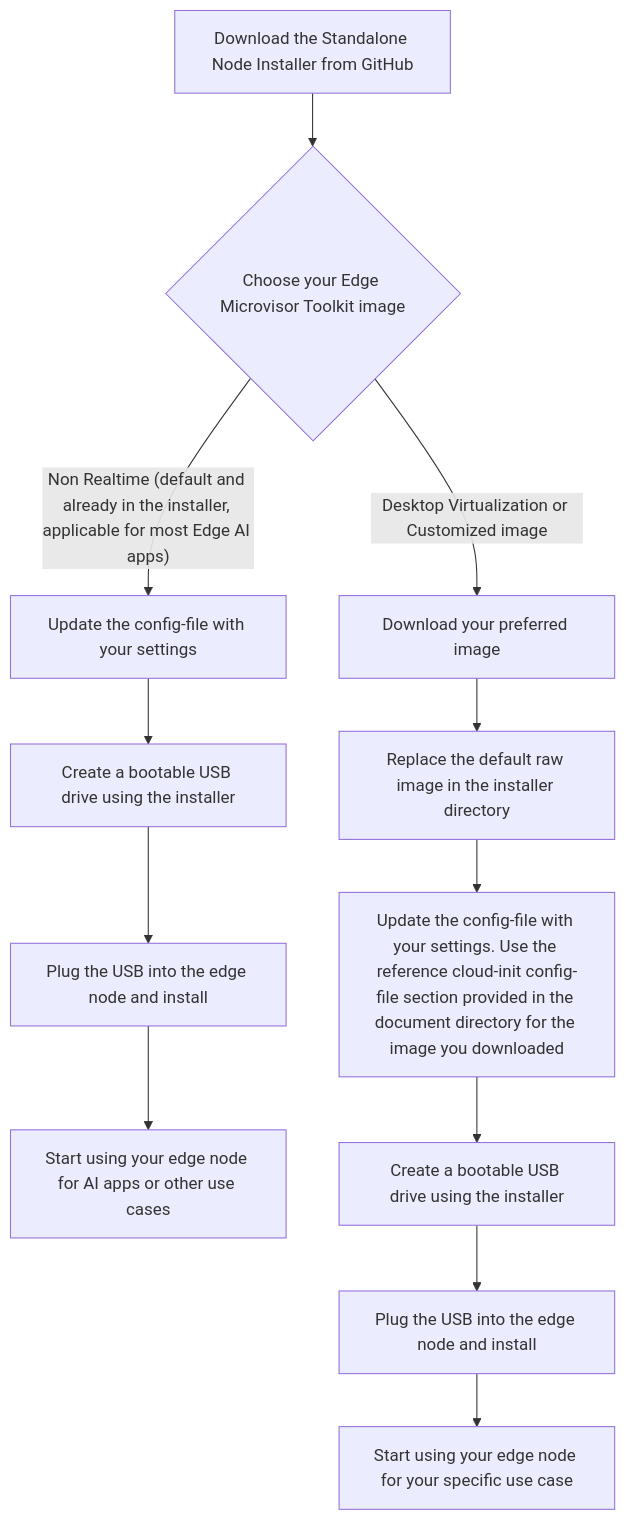
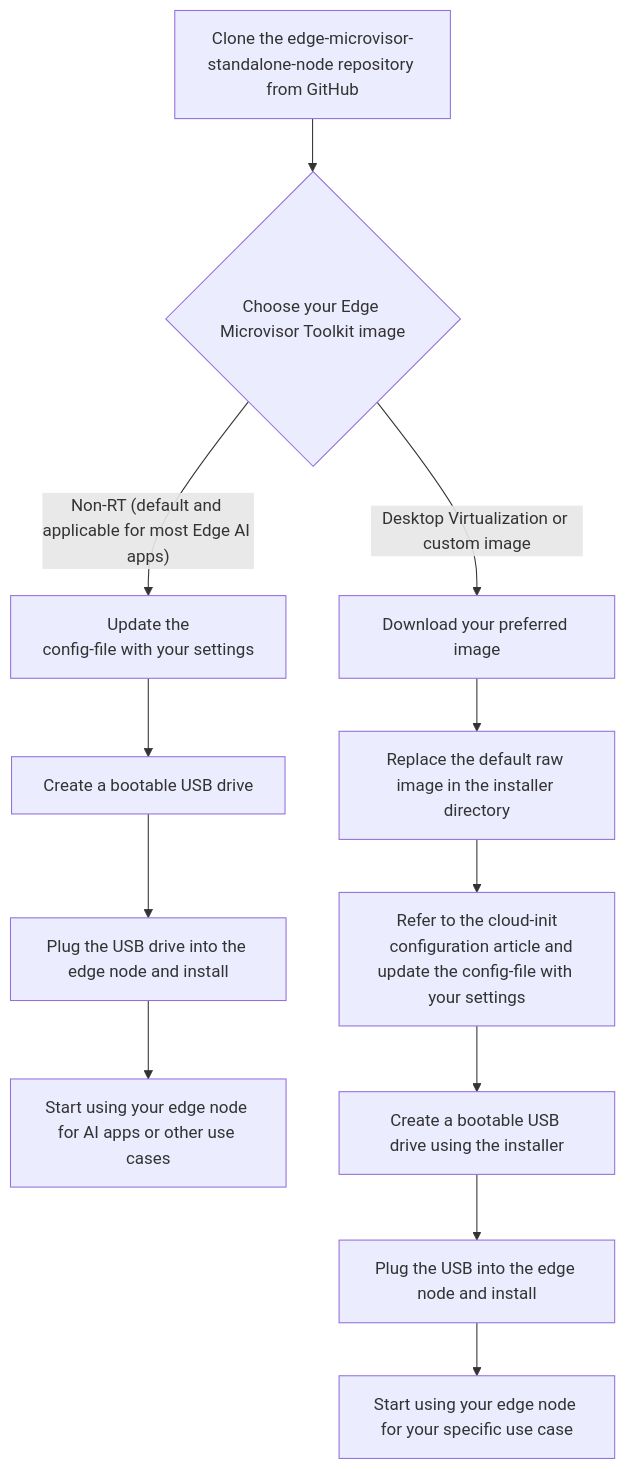
The diagram in standalone-node/docs/user-guide/get-started-guide.md (open-edge-platform/edge-microvisor-toolkit-standalone-node), drawn with Mermaid before and after one commit. The commit also changed other lines of this file and 9 other files, not shown here.

Commit message:
[DOCS] Updating Standalone Node documentation for 3.1 release (#95)

````diff
--- a/standalone-node/docs/user-guide/get-started-guide.md
+++ b/standalone-node/docs/user-guide/get-started-guide.md
@@ -47,16 +38,17 @@
 ```mermaid
 flowchart TD
-   A[Download the Standalone Node Installer from GitHub]
+   A[Clone the edge-microvisor-standalone-node repository from GitHub]
    A --> B{Choose your Edge Microvisor Toolkit image}
-   B -- "Non Realtime (default and already in the installer, applicable for most Edge AI apps)" --> C[Update the config-file with your settings]
-   C --> D[Create a bootable USB drive using the installer]
-   D --> E[Plug the USB into the edge node and install]
+   B -- "Non-RT (default and applicable for most Edge AI apps)" --> C[Update the
+   config-file with your settings]
+   C --> D[Create a bootable USB drive]
+   D --> E[Plug the USB drive into the edge node and install]
    E --> F[Start using your edge node for AI apps or other use cases]
-
-   B -- "Desktop Virtualization or Customized image" --> G[Download your preferred image]
+   B -- "Desktop Virtualization or custom image" --> G[Download your preferred image]
    G --> H[Replace the default raw image in the installer directory]
-   H --> I[Update the config-file with your settings. Use the reference cloud-init config-file section provided in the document directory for the image you downloaded]
+   H --> I[Refer to the cloud-init
+   configuration article and update the config-file with your settings]
    I --> J[Create a bootable USB drive using the installer]
    J --> K[Plug the USB into the edge node and install]
    K --> L[Start using your edge node for your specific use case]
 ```
````
